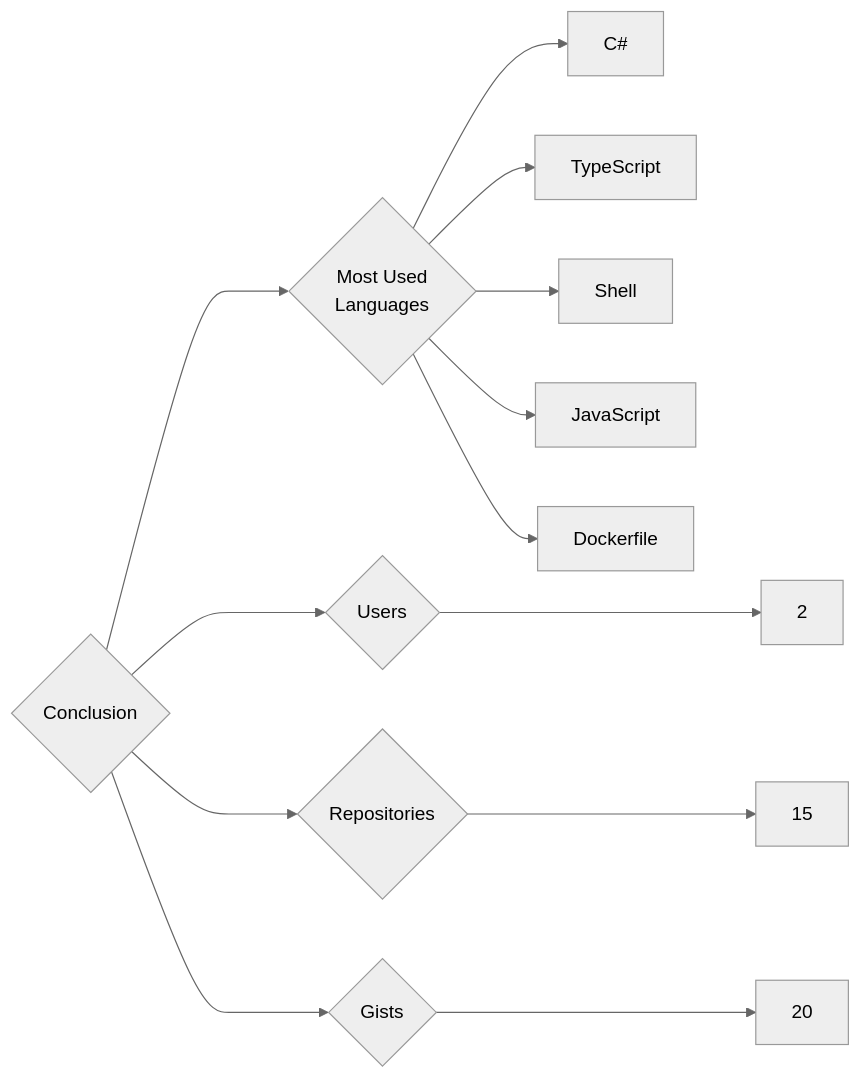
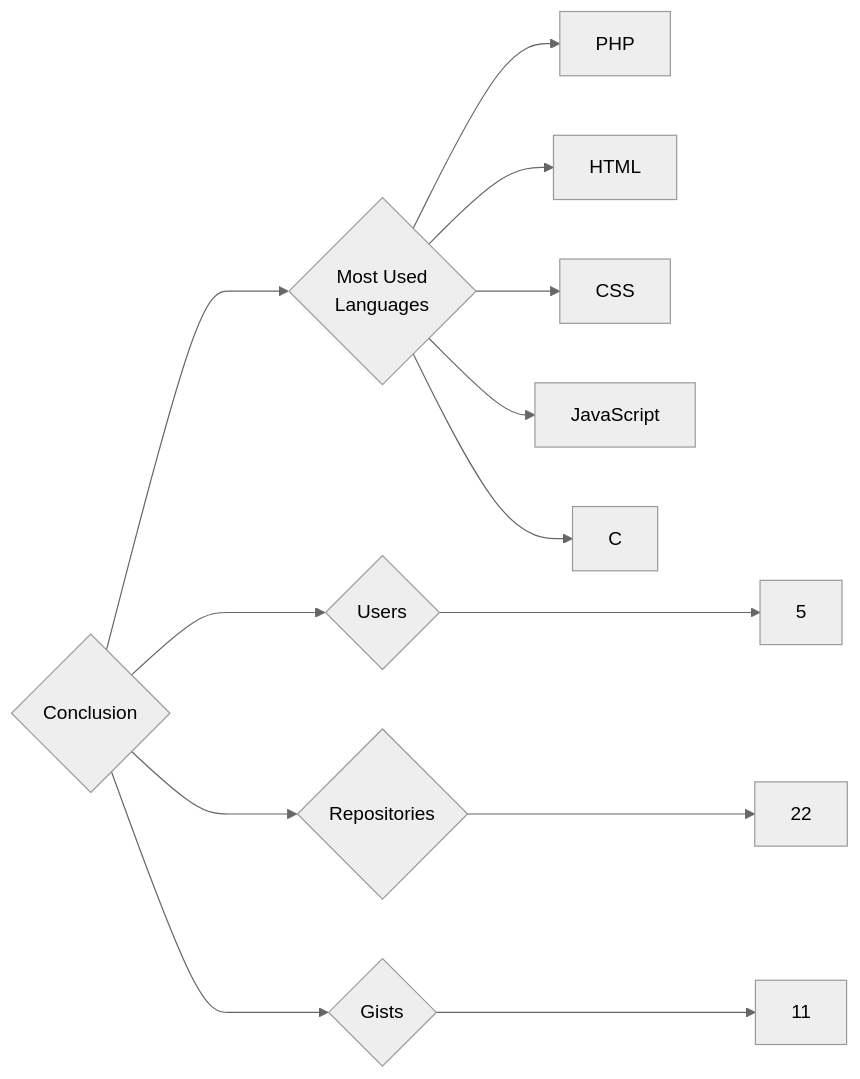
Before and after one commit to trickest/insiders: the diagram in targets/Conclusion/README.md, drawn with Mermaid (neutral theme). The commit also changed 998 other files, not shown here.

````diff
--- a/targets/Conclusion/README.md
+++ b/targets/Conclusion/README.md
@@ -3,13 +3,13 @@
 ```mermaid
 graph LR
 COMPANY_NAME{Conclusion}
-COMPANY_NAME ---> U{Users} ---> UN[2]
-COMPANY_NAME ---> R{Repositories} ---> RN[15]
-COMPANY_NAME ---> G{Gists} ---> GN[20]
+COMPANY_NAME ---> U{Users} ---> UN[5]
+COMPANY_NAME ---> R{Repositories} ---> RN[22]
+COMPANY_NAME ---> G{Gists} ---> GN[11]
 COMPANY_NAME ---> ML{Most Used<br>Languages}
-ML --> C#[C#]
-ML --> TypeScript[TypeScript]
-ML --> Shell[Shell]
+ML --> PHP[PHP]
+ML --> HTML[HTML]
+ML --> CSS[CSS]
 ML --> JavaScript[JavaScript]
-ML --> Dockerfile[Dockerfile]
+ML --> C[C]
 ```
````
